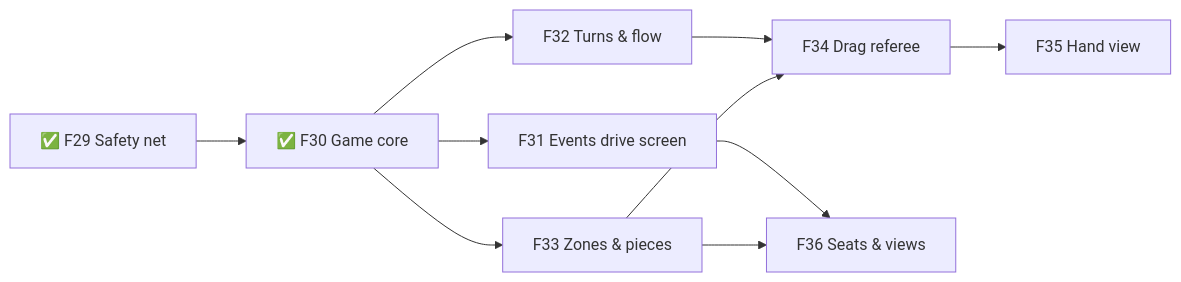
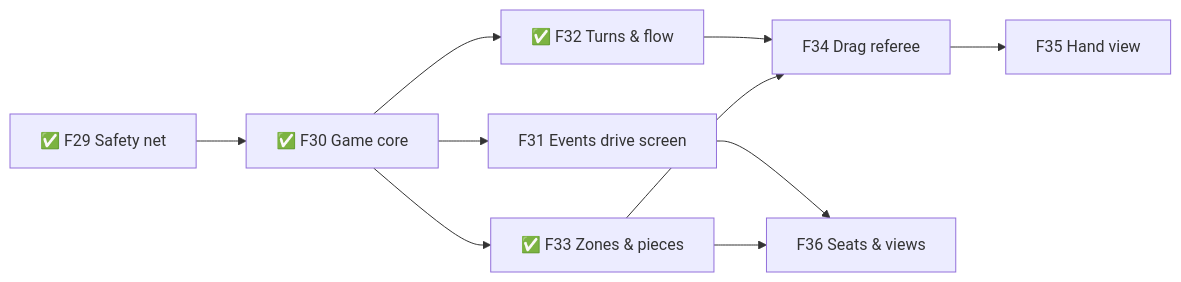
The sixth of 6 diagrams in .planning/ROADMAP.md (TheBlueMuzzy/glyphtender), drawn with Mermaid before and after one commit. The commit also changed other lines of this file and 3 other files, not shown here.

````diff
--- a/.planning/ROADMAP.md
+++ b/.planning/ROADMAP.md
@@ -123,12 +123,12 @@
 ```mermaid
 flowchart LR
   F29[✅ F29 Safety net] --> F30[✅ F30 Game core]
   F30 --> F31[F31 Events drive screen]
-  F30 --> F32[F32 Turns & flow]
-  F30 --> F33[F33 Zones & pieces]
+  F30 --> F32[✅ F32 Turns & flow]
+  F30 --> F33[✅ F33 Zones & pieces]
   F32 --> F34[F34 Drag referee]
   F33 --> F34
   F34 --> F35[F35 Hand view]
   F31 --> F36[F36 Seats & views]
   F33 --> F36
 ```
````
